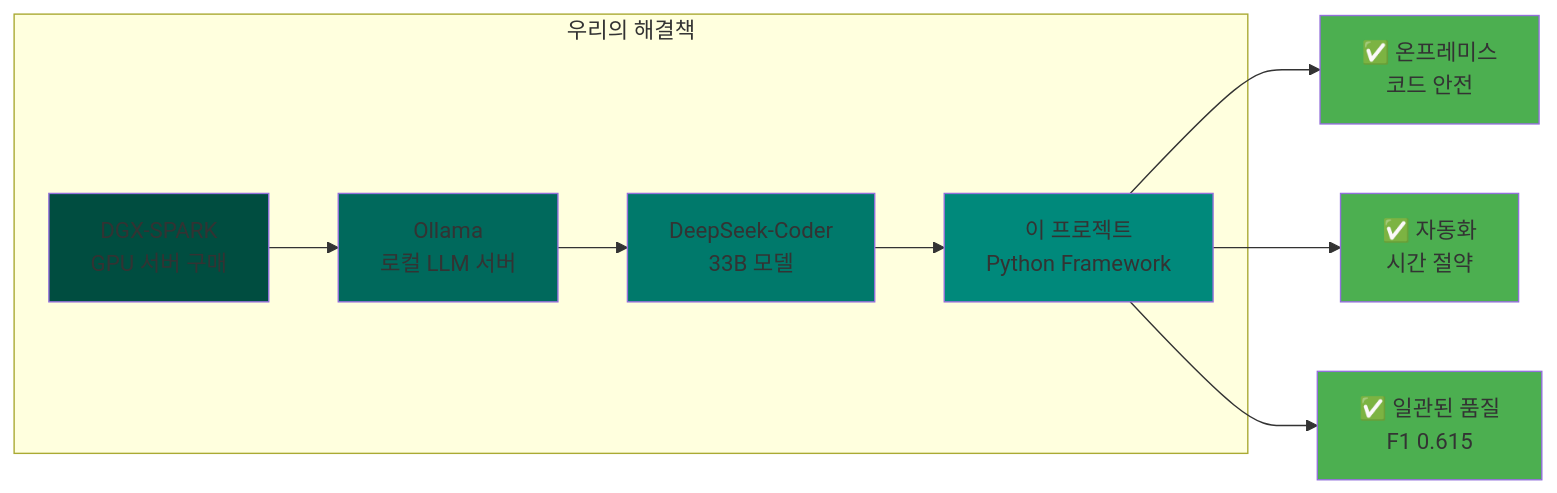
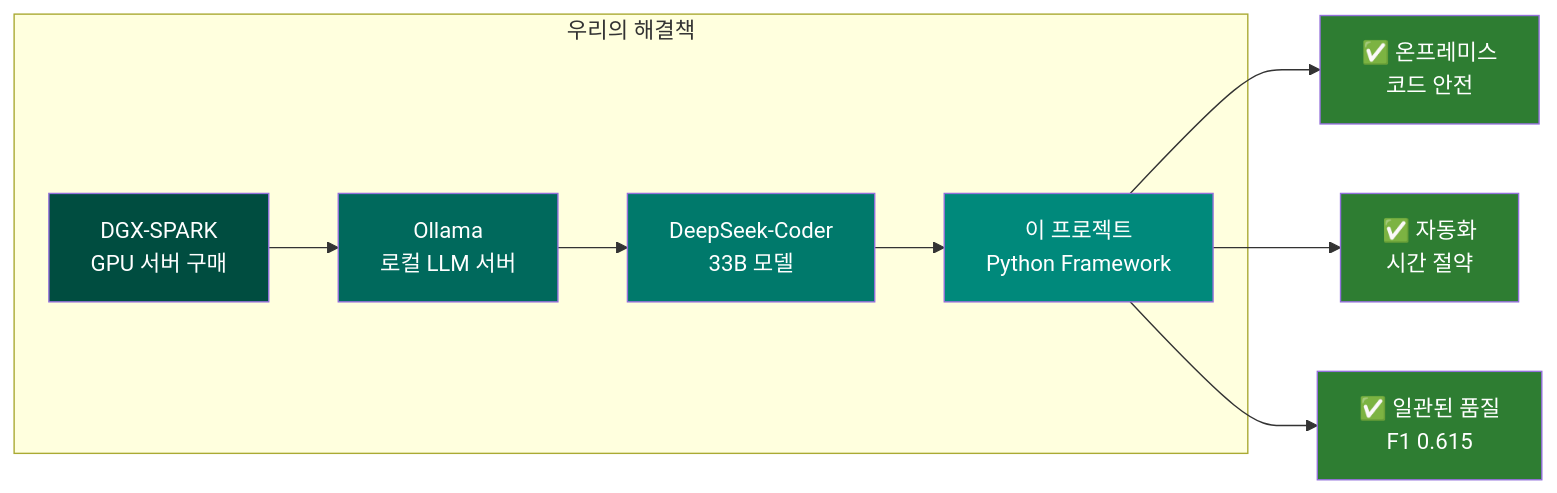
Before and after one commit to ApeachM/llm-code-reviewer: the second of 6 diagrams in docs/guides/getting-started/01-introduction.md, drawn with Mermaid. The commit also changed other lines of this file and 2 other files, not shown here.

First line of the commit message:
docs: Update Mermaid diagram colors for improved dark theme readability

````diff
--- a/docs/guides/getting-started/01-introduction.md
+++ b/docs/guides/getting-started/01-introduction.md
@@ -65,25 +65,25 @@
 ```mermaid
 graph LR
     subgraph "우리의 해결책"
         HW[DGX-SPARK<br/>GPU 서버 구매]
         SW1[Ollama<br/>로컬 LLM 서버]
         SW2[DeepSeek-Coder<br/>33B 모델]
         SW3[이 프로젝트<br/>Python Framework]
     end
 
     HW --> SW1
     SW1 --> SW2
     SW2 --> SW3
 
     SW3 --> Result1[✅ 온프레미스<br/>코드 안전]
     SW3 --> Result2[✅ 자동화<br/>시간 절약]
     SW3 --> Result3[✅ 일관된 품질<br/>F1 0.615]
 
-    style HW fill:#004d40
-    style SW1 fill:#00695c
-    style SW2 fill:#00796b
-    style SW3 fill:#00897b
-    style Result1 fill:#4caf50
-    style Result2 fill:#4caf50
-    style Result3 fill:#4caf50
+    style HW fill:#004d40,color:#fff
+    style SW1 fill:#00695c,color:#fff
+    style SW2 fill:#00796b,color:#fff
+    style SW3 fill:#00897b,color:#fff
+    style Result1 fill:#2e7d32,color:#fff
+    style Result2 fill:#2e7d32,color:#fff
+    style Result3 fill:#2e7d32,color:#fff
 ```
````
